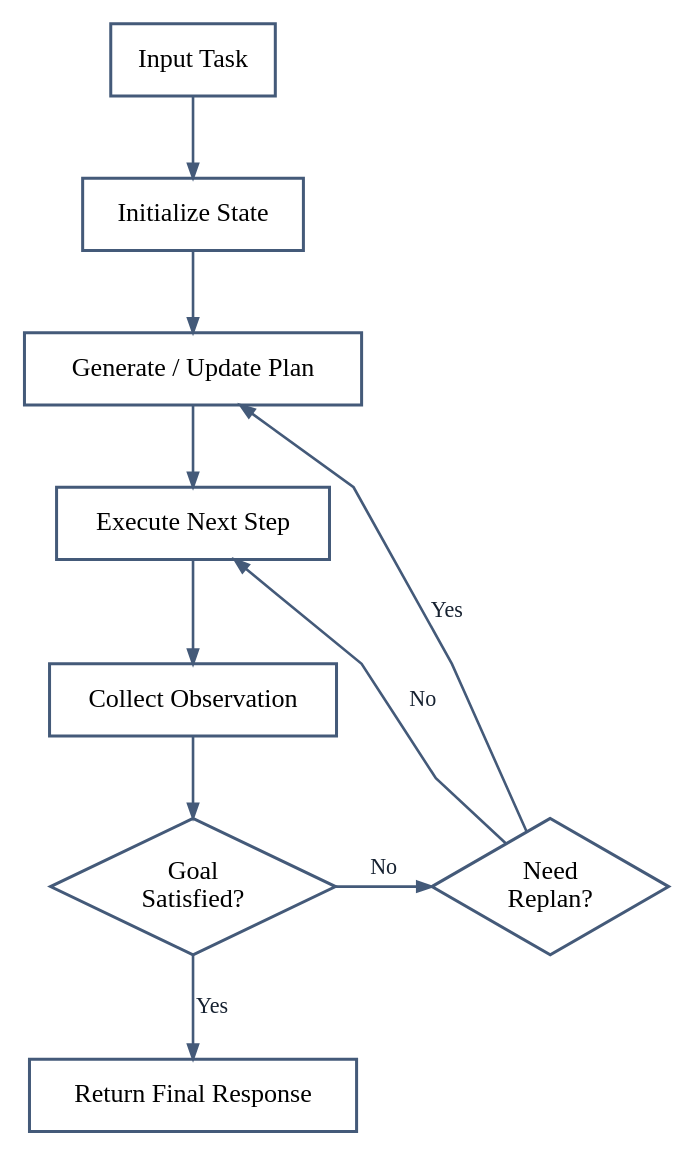
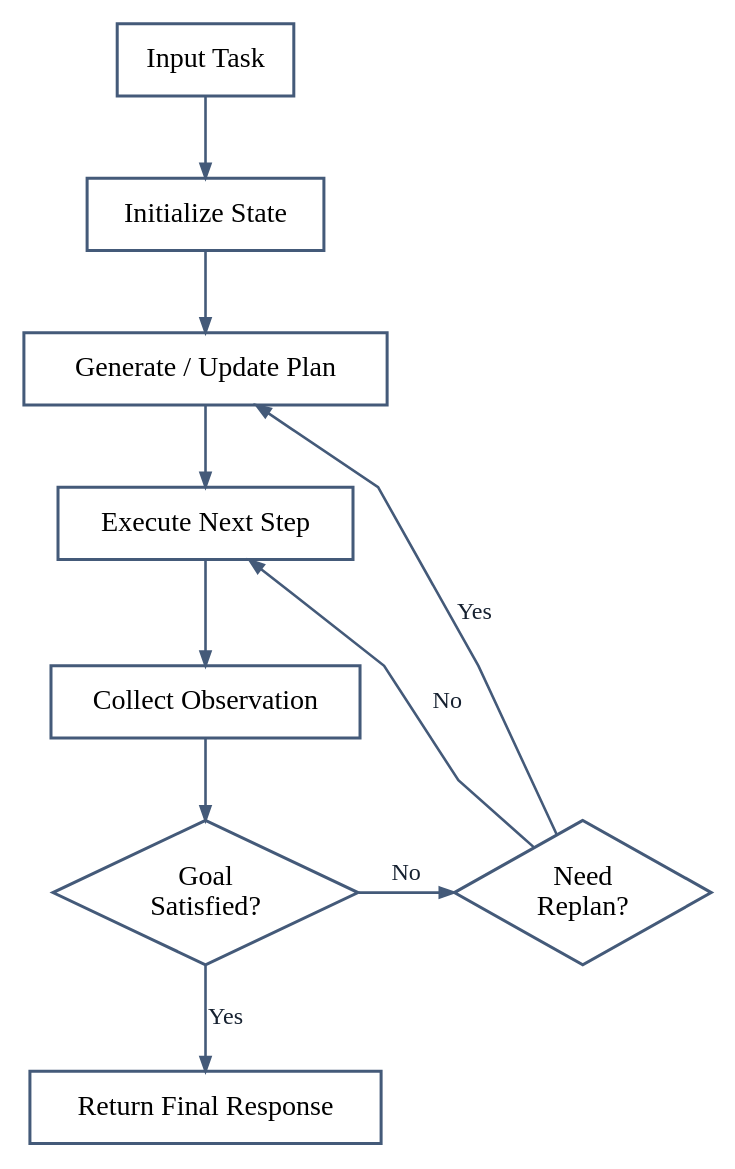
One commit to quiznat/tot-hf-survey-artifacts changed the diagram in assets/diagram_multistep_state.dot. Above: the diagram before and after it, drawn with Graphviz. The commit also changed 27 other files, not shown here.

Commit message:
Phase1: use vector-only diagrams and tighten LaTeX layout

```diff
--- a/assets/diagram_multistep_state.dot
+++ b/assets/diagram_multistep_state.dot
@@ -1,22 +1,22 @@
 digraph G {
   graph [bgcolor="#ffffff", pad="0.06", nodesep="0.34", ranksep="0.50", splines="polyline", fontname="Times-Roman", fontcolor="#162130", margin="0.02", rankdir="TB", ranksep="0.56", nodesep="0.34"];
-  node [shape="box", style="filled", fillcolor="#ffffff", color="#445a79", penwidth="1.5", fontname="Times-Roman", fontsize="13", margin="0.08,0.06"];
-  edge [color="#445a79", penwidth="1.3", arrowsize="0.70", fontname="Times-Roman", fontsize="11", fontcolor="#162130"];
+  node [shape="box", style="filled", fillcolor="#ffffff", color="#445a79", penwidth="1.5", fontname="Times-Roman", fontsize="14", margin="0.08,0.06"];
+  edge [color="#445a79", penwidth="1.3", arrowsize="0.70", fontname="Times-Roman", fontsize="12", fontcolor="#162130"];
 
   input [label="Input Task"];
   init [label="Initialize State"];
   plan [label="Generate / Update Plan"];
   step [label="Execute Next Step"];
   observe [label="Collect Observation"];
-  goal [shape="diamond", style="filled", fillcolor="#ffffff", color="#445a79", penwidth="1.5", fontname="Times-Roman", fontsize="13", margin="0.04,0.04", label="Goal\nSatisfied?"];
-  replan [shape="diamond", style="filled", fillcolor="#ffffff", color="#445a79", penwidth="1.5", fontname="Times-Roman", fontsize="13", margin="0.04,0.04", label="Need\nReplan?"];
+  goal [shape="diamond", style="filled", fillcolor="#ffffff", color="#445a79", penwidth="1.5", fontname="Times-Roman", fontsize="14", margin="0.04,0.04", label="Goal\nSatisfied?"];
+  replan [shape="diamond", style="filled", fillcolor="#ffffff", color="#445a79", penwidth="1.5", fontname="Times-Roman", fontsize="14", margin="0.04,0.04", label="Need\nReplan?"];
   out [label="Return Final Response"];
 
   input -> init -> plan -> step -> observe -> goal;
   goal -> out [label="Yes"];
   goal -> replan [label="No"];
   replan -> plan [label="Yes", constraint=false];
   replan -> step [label="No", constraint=false];
 
   { rank=same; goal; replan }
 }
```
